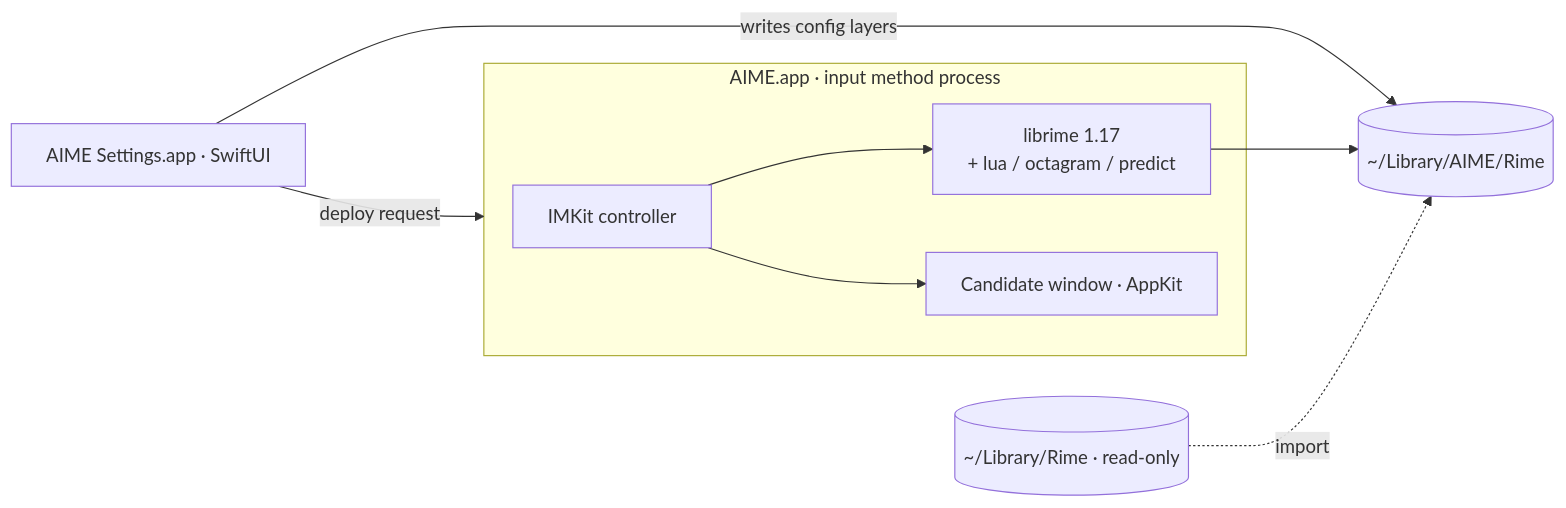
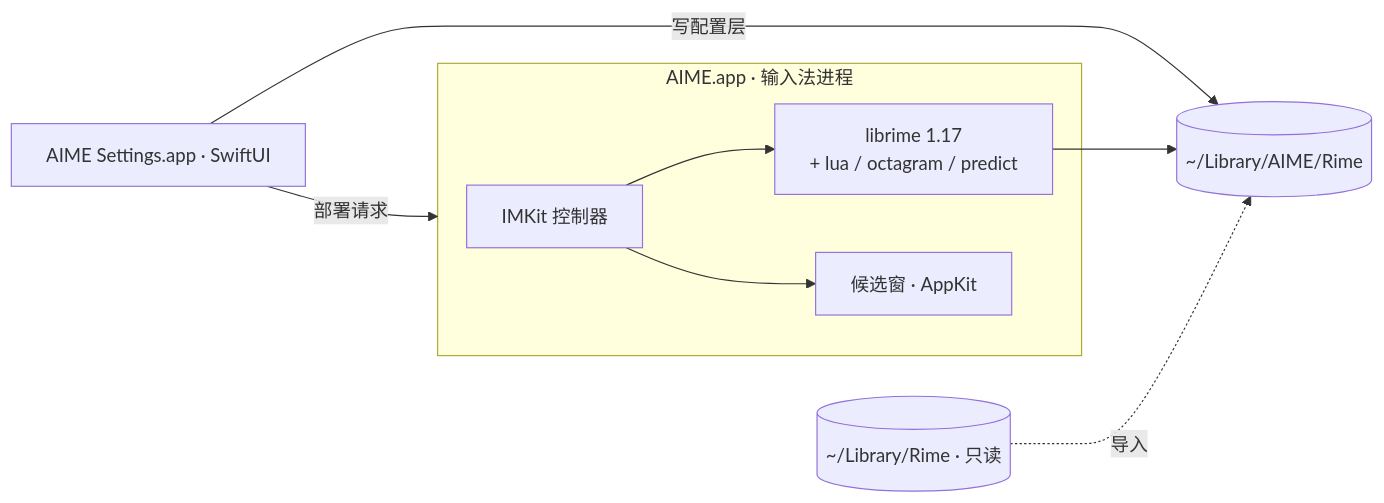
The diagram in README.md (zoolapp/aime), drawn with Mermaid before and after one commit. The commit also changed other lines of this file and 5 other files, not shown here.

````diff
--- a/README.md
+++ b/README.md
@@ -104,11 +103,11 @@
 ```mermaid
 flowchart LR
-  subgraph IME["AIME.app · input method process"]
-    C[IMKit controller] --> R[librime 1.17<br/>+ lua / octagram / predict]
-    C --> P[Candidate window · AppKit]
+  subgraph IME["AIME.app · 输入法进程"]
+    C[IMKit 控制器] --> R[librime 1.17<br/>+ lua / octagram / predict]
+    C --> P[候选窗 · AppKit]
   end
-  S["AIME Settings.app · SwiftUI"] -- writes config layers --> U[(~/Library/AIME/Rime)]
-  S -- deploy request --> IME
+  S["AIME Settings.app · SwiftUI"] -- 写配置层 --> U[(~/Library/AIME/Rime)]
+  S -- 部署请求 --> IME
   R --> U
-  Sq[(~/Library/Rime · read-only)] -. import .-> U
+  Sq[(~/Library/Rime · 只读)] -. 导入 .-> U
 ```
````
